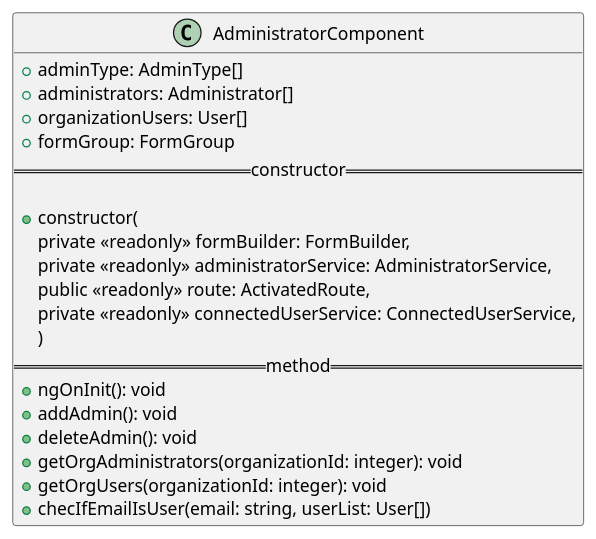
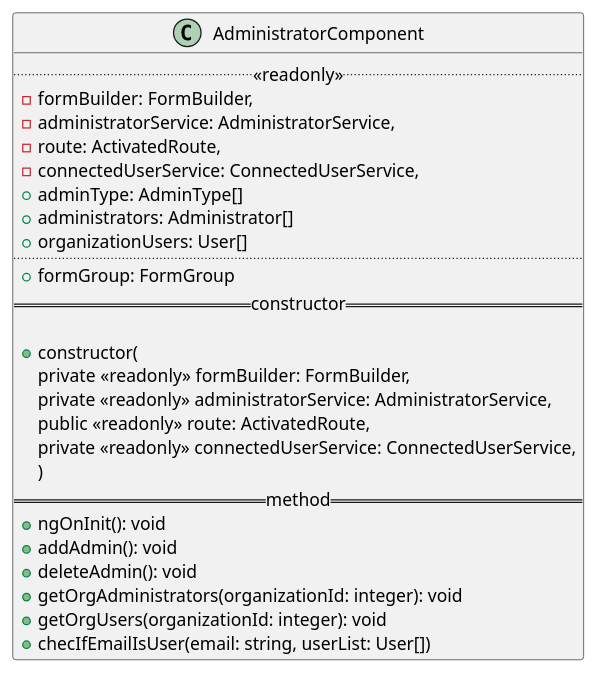
Before and after one commit to GruppOne/stalker-web-app: the diagram in docs/diagrams/view/components/administratorcomponent.pu, drawn with PlantUML. The commit also changed 26 other files, not shown here.

Commit message:
docs: fix class diagrams and add design-pattern diagrams

```diff
--- a/docs/diagrams/view/components/administratorcomponent.pu
+++ b/docs/diagrams/view/components/administratorcomponent.pu
@@ -1,23 +1,29 @@
 @startuml AdministratorComponent Diagram
 class AdministratorComponent {
+  ..<<readonly>>..
+  - formBuilder: FormBuilder,
+  - administratorService: AdministratorService,
+  - route: ActivatedRoute,
+  - connectedUserService: ConnectedUserService,
   + adminType: AdminType[]
   + administrators: Administrator[]
   + organizationUsers: User[]
+  ....
   + formGroup: FormGroup
   == constructor ==
 
   + constructor(
     private <<readonly>> formBuilder: FormBuilder,
     private <<readonly>> administratorService: AdministratorService,
     public <<readonly>> route: ActivatedRoute,
     private <<readonly>> connectedUserService: ConnectedUserService,
   )
   == method ==
   + ngOnInit(): void
   + addAdmin(): void
   + deleteAdmin(): void
   + getOrgAdministrators(organizationId: integer): void
   + getOrgUsers(organizationId: integer): void
   + checIfEmailIsUser(email: string, userList: User[])
 }
 @enduml
```
